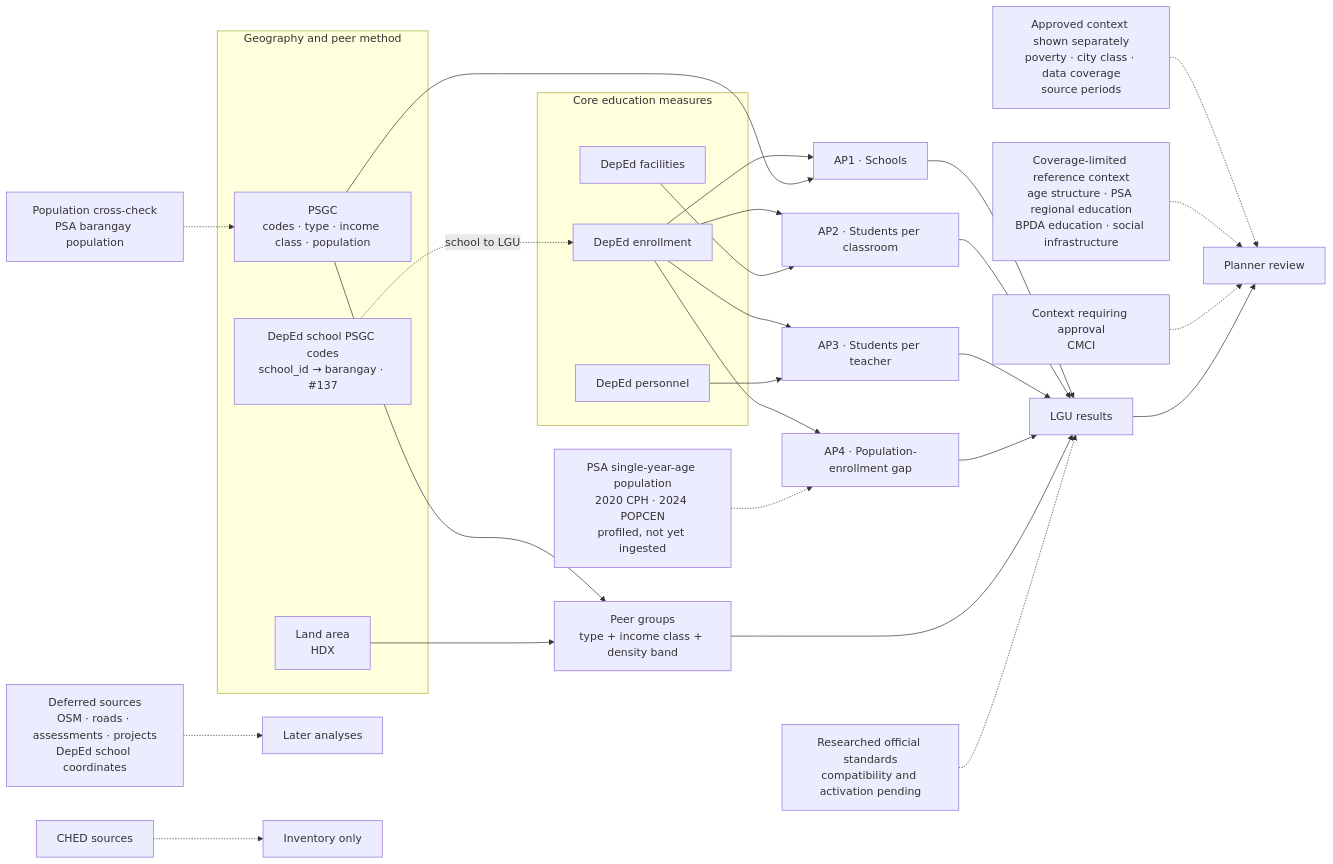
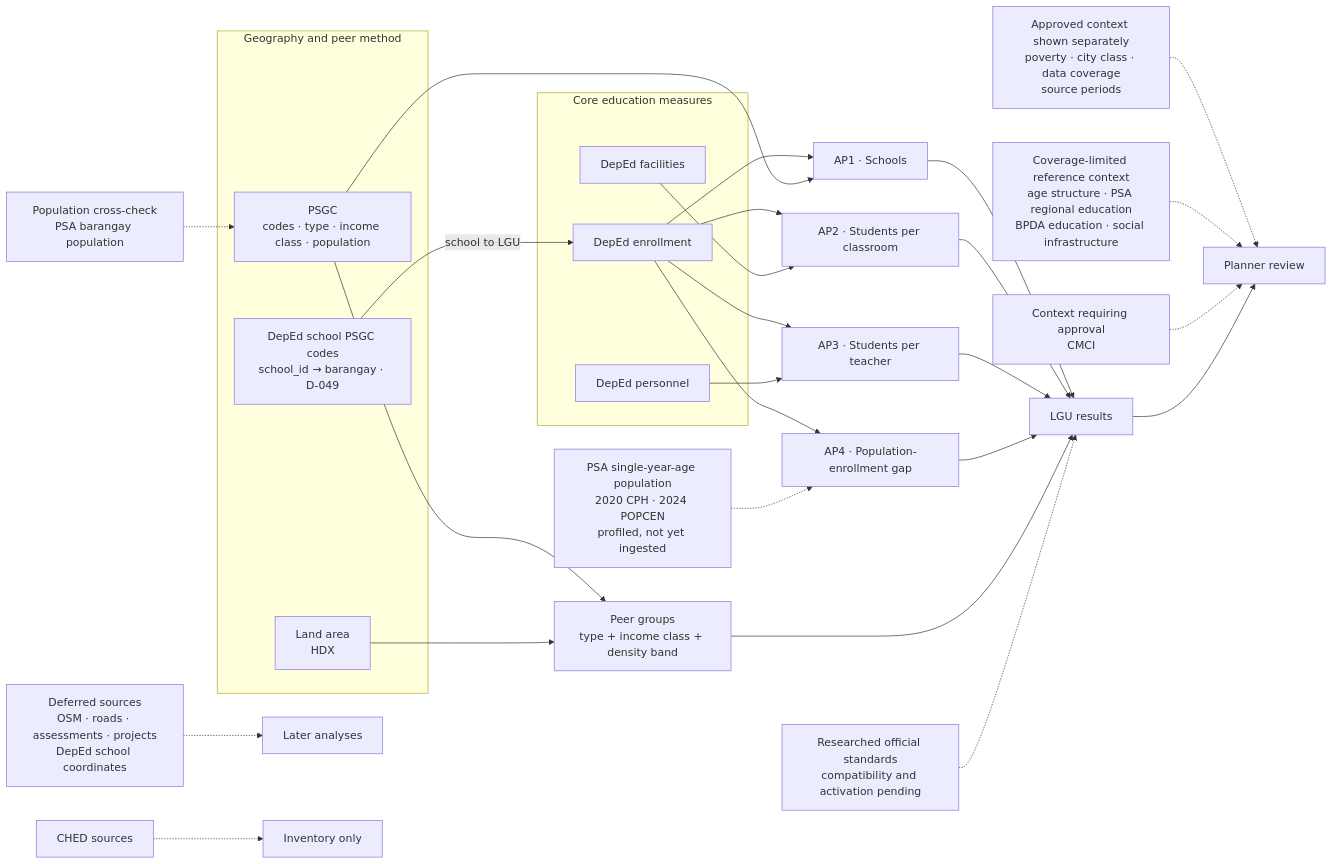
Before and after one commit to reached-hq/edu-access-intelligence: the diagram in docs/business/dataset-use-map.md, drawn with Mermaid. The commit also changed other lines of this file and 1 other file, not shown here.

````diff
--- a/docs/business/dataset-use-map.md
+++ b/docs/business/dataset-use-map.md
@@ -19,41 +19,41 @@
 ```mermaid
 flowchart LR
     subgraph CORE["Core education measures"]
         ENR["DepEd enrollment"]
         FAC["DepEd facilities"]
         PER["DepEd personnel"]
     end
 
     subgraph METHOD["Geography and peer method"]
     PSGC["PSGC<br/>codes · type · income class · population"]
     AREA["Land area<br/>HDX"]
-    XWALK["DepEd school PSGC codes<br/>school_id → barangay · #137"]
+    XWALK["DepEd school PSGC codes<br/>school_id → barangay · D-049"]
     end
 
-    XWALK -.->|"school to LGU"| ENR
+    XWALK -->|"school to LGU"| ENR
     ENR --> AP1["AP1 · Schools"]
     PSGC --> AP1
     ENR --> AP2["AP2 · Students per classroom"]
     FAC --> AP2
     ENR --> AP3["AP3 · Students per teacher"]
     PER --> AP3
     ENR --> AP4["AP4 · Population-enrollment gap"]
     AGE["PSA single-year-age population<br/>2020 CPH · 2024 POPCEN<br/>profiled, not yet ingested"] -.-> AP4
 
     PSGC --> PEERS["Peer groups<br/>type + income class + density band"]
     AREA --> PEERS
     AP1 --> RESULT["LGU results"]
     AP2 --> RESULT
     AP3 --> RESULT
     AP4 --> RESULT
     PEERS --> RESULT
     STANDARD["Researched official standards<br/>compatibility and activation pending"] -.-> RESULT
 
     CONTEXT["Approved context shown separately<br/>poverty · city class · data coverage<br/>source periods"] -.-> DASH["Planner review"]
     LIMITED["Coverage-limited reference context<br/>age structure · PSA regional education<br/>BPDA education · social infrastructure"] -.-> DASH
     CANDIDATE["Context requiring approval<br/>CMCI"] -.-> DASH
     POPCHECK["Population cross-check<br/>PSA barangay population"] -.-> PSGC
     RESULT --> DASH
     DEFER["Deferred sources<br/>OSM · roads · assessments · projects<br/>DepEd school coordinates"] -.-> LATER["Later analyses"]
     EXCLUDED["CHED sources"] -.-> RECORD["Inventory only"]
 ```
````
